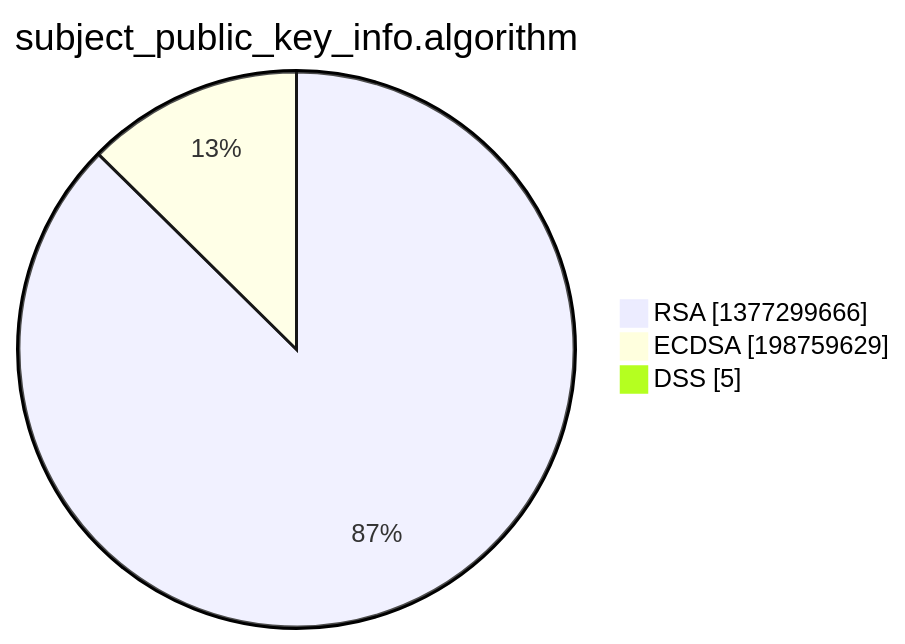
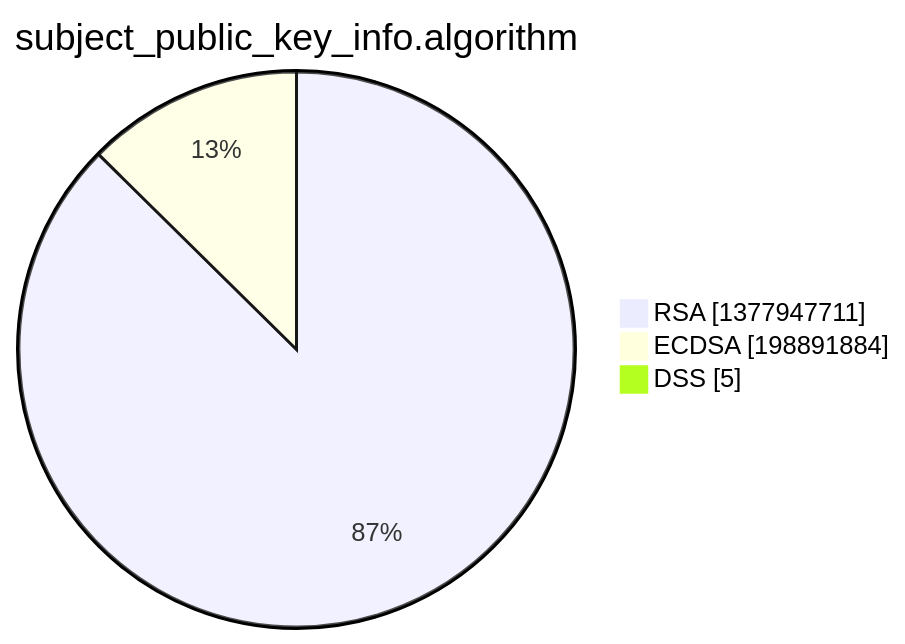
One commit to christiankrug/ctmonitor_visualization changed the third of 15 diagrams in xenon2022/README.md. Above: the diagram before and after it, drawn with Mermaid. The commit also changed other lines of this file, not shown here.

````diff
--- a/xenon2022/README.md
+++ b/xenon2022/README.md
@@ -14,7 +14,7 @@
 ```mermaid
 pie showData
 title subject_public_key_info.algorithm
-"RSA" :1377299666
-"ECDSA" :198759629
+"RSA" :1377947711
+"ECDSA" :198891884
 "DSS" :5
 ```
````
